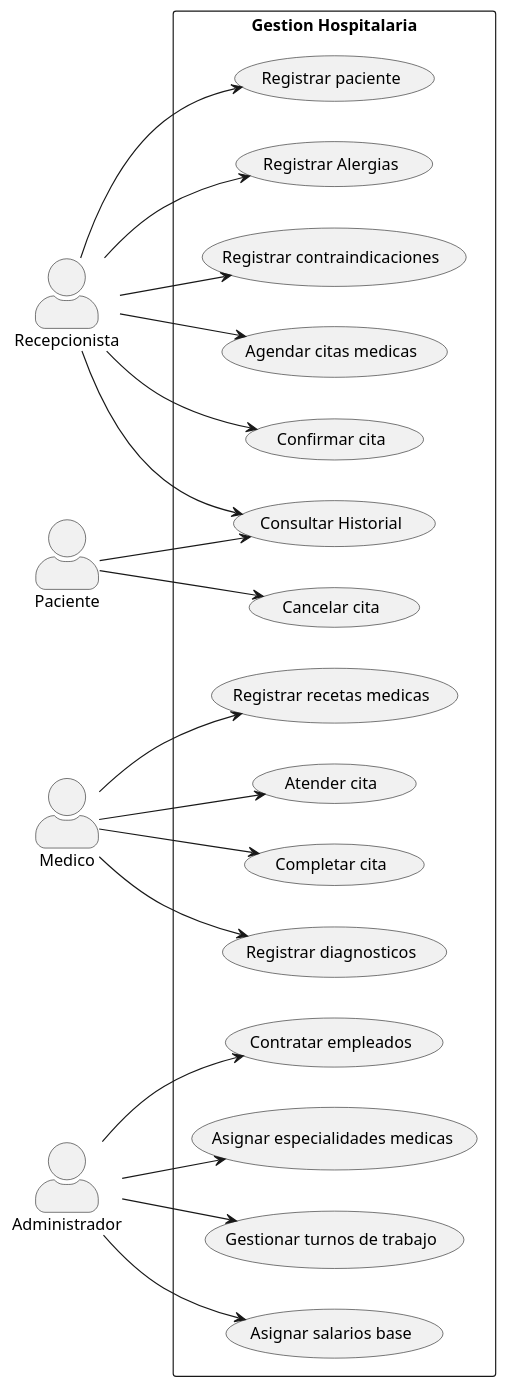
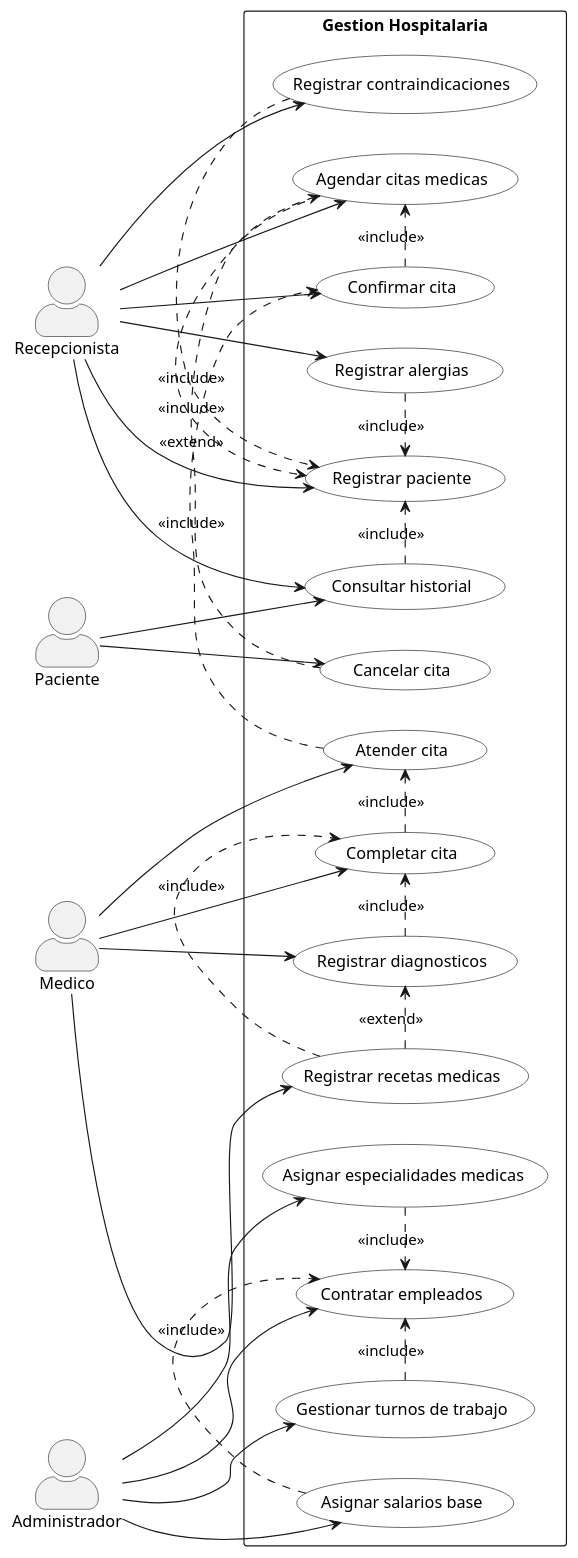
The diagram in docs/CasosDeUso.puml (steven-arrieta/TallerProgramacion), drawn with PlantUML before and after one commit.

Commit message:
usecases completed

```diff
--- a/docs/CasosDeUso.puml
+++ b/docs/CasosDeUso.puml
@@ -1,49 +1,77 @@
 @startuml
 skinparam actorStyle awesome
+skinparam usecase {
+  BackgroundColor White
+  BorderColor Black
+}
+
+left to right direction
+
 actor Recepcionista as RE
+actor Paciente as PA
 actor Medico as ME
-actor Paciente as PA
 actor Administrador as AD
 
-left to right direction
 rectangle "Gestion Hospitalaria" {
-usecase "Registrar paciente" as RP
-usecase "Registrar Alergias" as RA
-usecase "Registrar contraindicaciones" as RC
-usecase "Consultar Historial"as CH
-usecase "Contratar empleados" as CE
-usecase "Asignar especialidades medicas" as AE
-usecase "Gestionar turnos de trabajo" as GT
-usecase "Asignar salarios base" as AS
-usecase "Agendar citas medicas" as AC
-usecase "Cancelar cita" as CC
-usecase "Confirmar cita" as CEE
-usecase "Atender cita" as AAC
-usecase "Completar cita" as CCC
-usecase "Registrar diagnosticos" as RD
-usecase "Registrar recetas medicas" as RCM
+
+  ' -- Gestion de pacientes --
+  usecase "Registrar paciente" as RP
+  usecase "Registrar alergias" as RA
+  usecase "Registrar contraindicaciones" as RC
+  usecase "Consultar historial" as CH
+
+  ' -- Gestion de citas --
+  usecase "Agendar citas medicas" as AC
+  usecase "Confirmar cita" as CEE
+  usecase "Cancelar cita" as CC
+  usecase "Atender cita" as AAC
+  usecase "Completar cita" as CCC
+  usecase "Registrar diagnosticos" as RD
+  usecase "Registrar recetas medicas" as RCM
+
+  ' -- Gestion de personal --
+  usecase "Contratar empleados" as CE
+  usecase "Asignar especialidades medicas" as AE
+  usecase "Gestionar turnos de trabajo" as GT
+  usecase "Asignar salarios base" as AS
 }
 
 RE --> RP
 RE --> RA
 RE --> RC
 RE --> CH
 RE --> AC
 RE --> CEE
 
 PA --> CH
 PA --> CC
 
+ME --> AAC
+ME --> CCC
+ME --> RD
+ME --> RCM
+
 AD --> CE
 AD --> AE
 AD --> GT
 AD --> AS
 
-ME --> RD
-ME --> AAC
-ME --> RCM
-ME --> CCC
+RA .> RP : <<include>>
+RC .> RP : <<include>>
+CH .> RP : <<include>>
+AC .> RP : <<include>>
 
+CEE .> AC : <<include>>
+AAC .> CEE : <<include>>
+CCC .> AAC : <<include>>
 
+RD .> CCC : <<include>>
+RCM .> CCC : <<include>>
 
+RCM .> RD : <<extend>>
+CC .> AC : <<extend>>
+
+AE .> CE : <<include>>
+GT .> CE : <<include>>
+AS .> CE : <<include>>
 @enduml
```
